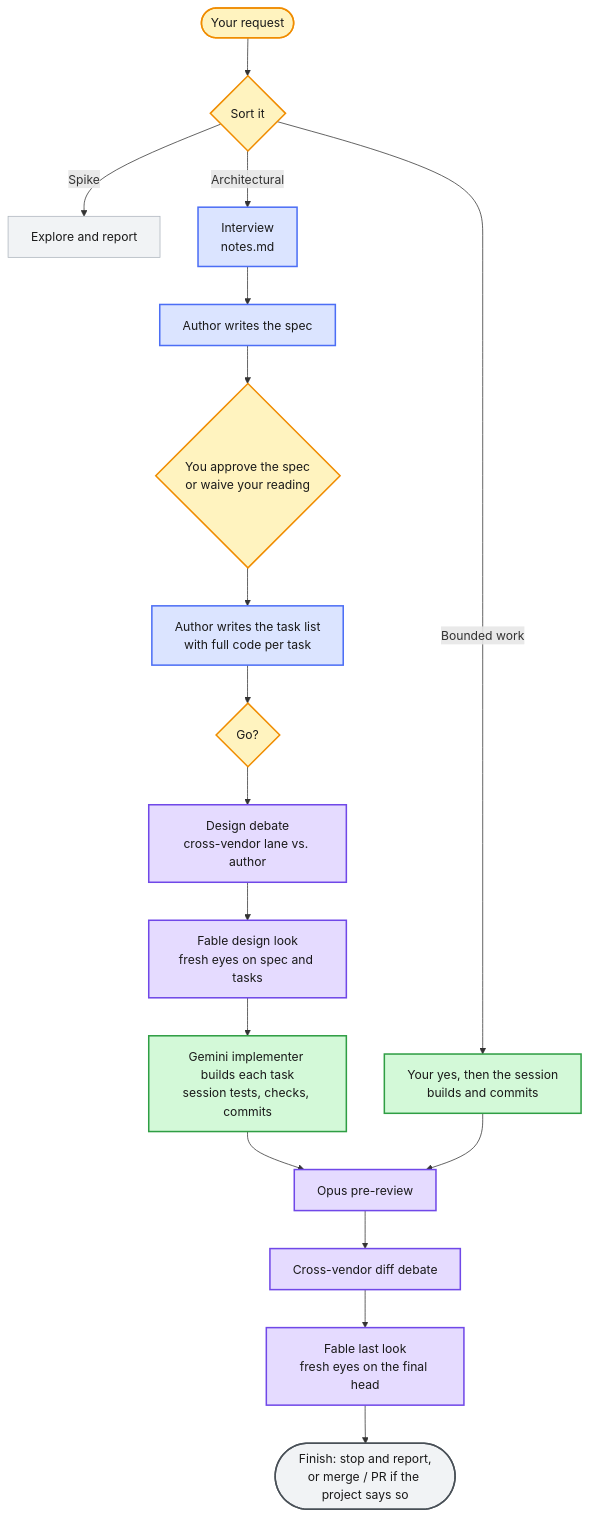
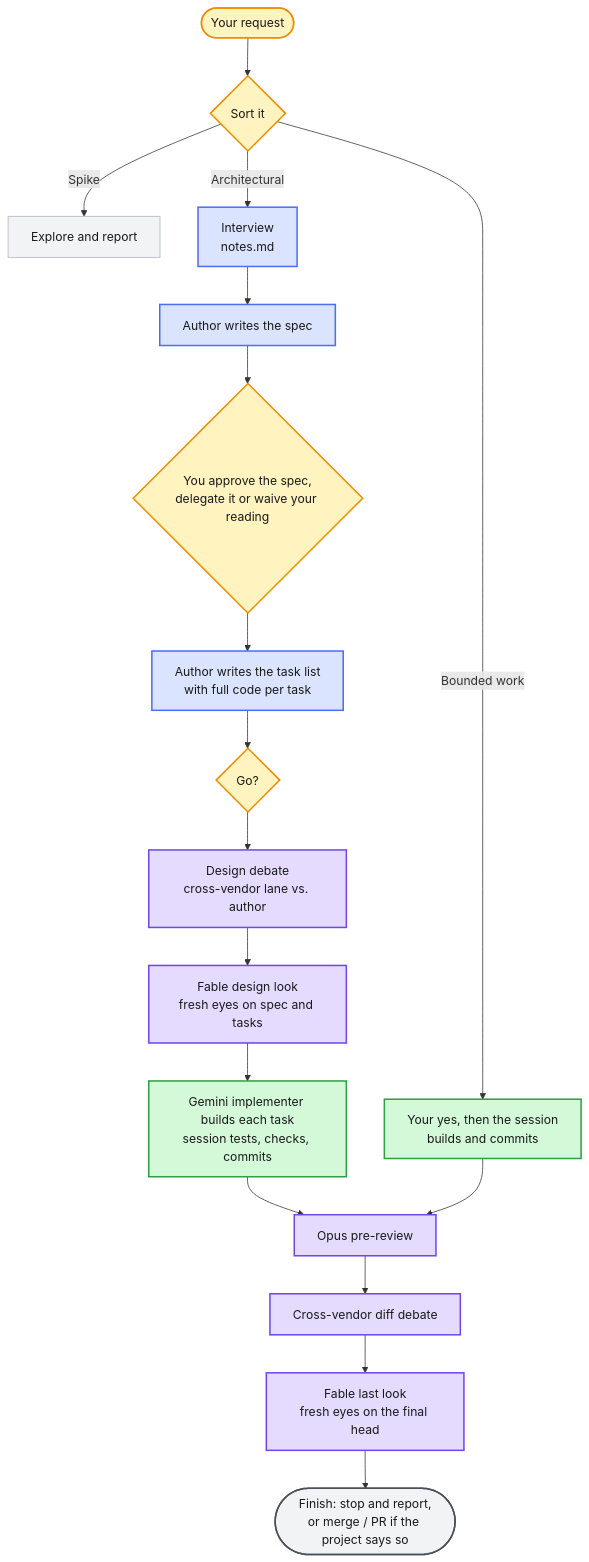
Before and after one commit to Bmwascher/parsec: the diagram in README.md, drawn with Mermaid. The commit also changed other lines of this file and 8 other files, not shown here.

Commit message:
Batch F task 11: a delegator may approve the spec; the summary reaches Brandon unless he approved it; a delegated decision is never Settled; clearer ledger quoting and models counts

````diff
--- a/README.md
+++ b/README.md
@@ -69,28 +69,28 @@
 ```mermaid
 flowchart TD
     R([Your request]):::you --> C{Sort it}:::you
     C -->|Spike| SP[Explore and report]:::quiet
     C -->|Bounded work| BW[Your yes, then the session<br/>builds and commits]:::build
     C -->|Architectural| I[Interview<br/>notes.md]:::brainstorm
 
     I --> S[Author writes the spec]:::brainstorm
-    S --> A{You approve the spec<br/>or waive your reading}:::you
+    S --> A{You approve the spec,<br/>delegate it or waive your reading}:::you
     A --> T[Author writes the task list<br/>with full code per task]:::brainstorm
     T --> G{Go?}:::you
     G --> DD[Design debate<br/>cross-vendor lane vs. author]:::review
     DD --> FD[Fable design look<br/>fresh eyes on spec and tasks]:::review
     FD --> B[Gemini implementer builds each task<br/>session tests, checks, commits]:::build
 
     B --> P[Opus pre-review]:::review
     BW --> P
     P --> X[Cross-vendor diff debate]:::review
     X --> L[Fable last look<br/>fresh eyes on the final head]:::review
     L --> F([Finish: stop and report,<br/>or merge / PR if the project says so]):::done
 
     classDef you fill:#fff3bf,stroke:#f08c00,stroke-width:2px,color:#1a1a1a
     classDef brainstorm fill:#dbe4ff,stroke:#4c6ef5,stroke-width:2px,color:#1a1a1a
     classDef build fill:#d3f9d8,stroke:#2f9e44,stroke-width:2px,color:#1a1a1a
     classDef review fill:#e5dbff,stroke:#7048e8,stroke-width:2px,color:#1a1a1a
     classDef quiet fill:#f1f3f5,stroke:#adb5bd,color:#1a1a1a
     classDef done fill:#f1f3f5,stroke:#495057,stroke-width:2px,color:#1a1a1a
 ```
````
